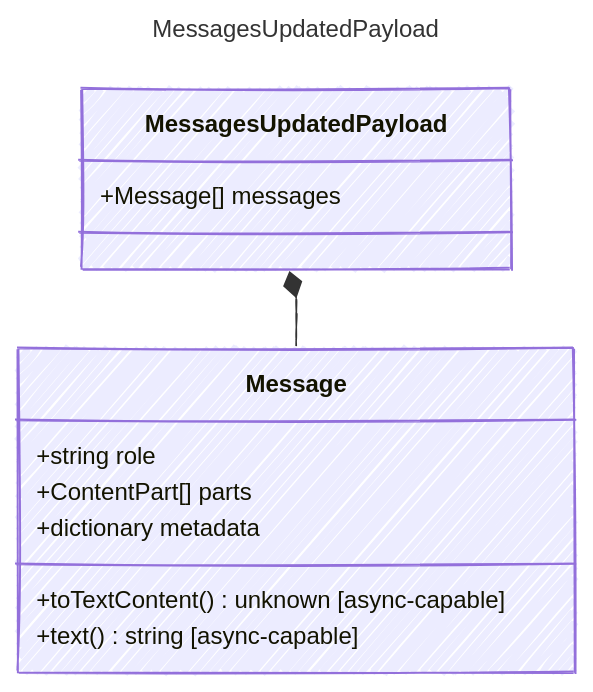
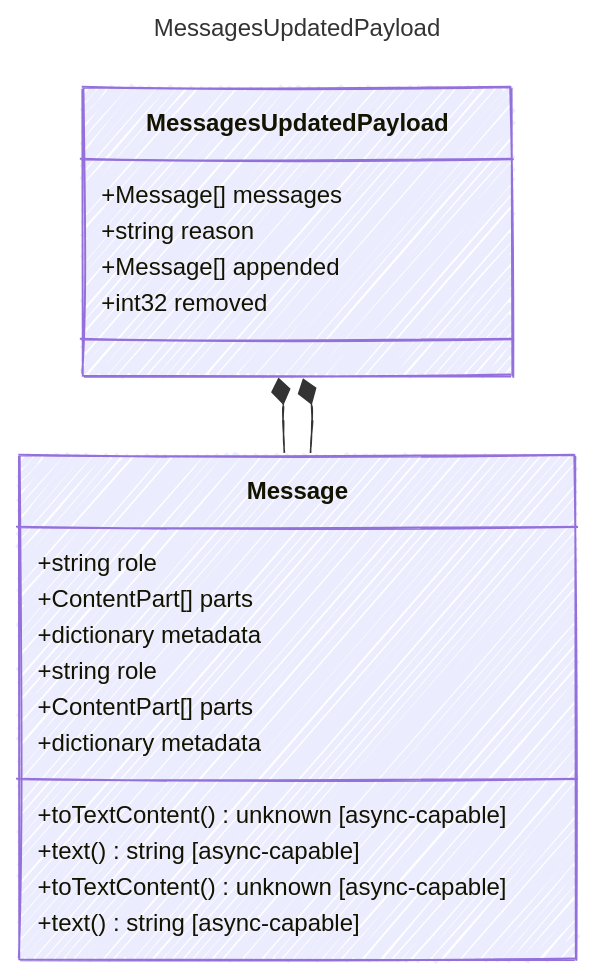
Before and after one commit to microsoft/prompty: the diagram in web/src/content/docs/reference/MessagesUpdatedPayload.md, drawn with Mermaid. The commit also changed other lines of this file and 1425 other files, not shown here.

````diff
--- a/web/src/content/docs/reference/MessagesUpdatedPayload.md
+++ b/web/src/content/docs/reference/MessagesUpdatedPayload.md
@@ -11,22 +12,33 @@
 ```mermaid
 ---
 title: MessagesUpdatedPayload
 config:
   look: handDrawn
   theme: colorful
   class:
     hideEmptyMembersBox: true
 ---
 classDiagram
     class MessagesUpdatedPayload {
         +Message[] messages
+        +string reason
+        +Message[] appended
+        +int32 removed
     }
     class Message {
         +string role
         +ContentPart[] parts
         +dictionary metadata
         +toTextContent() unknown [async-capable]
         +text() string [async-capable]
     }
     MessagesUpdatedPayload *-- Message
+    class Message {
+        +string role
+        +ContentPart[] parts
+        +dictionary metadata
+        +toTextContent() unknown [async-capable]
+        +text() string [async-capable]
+    }
+    MessagesUpdatedPayload *-- Message
 ```
````
